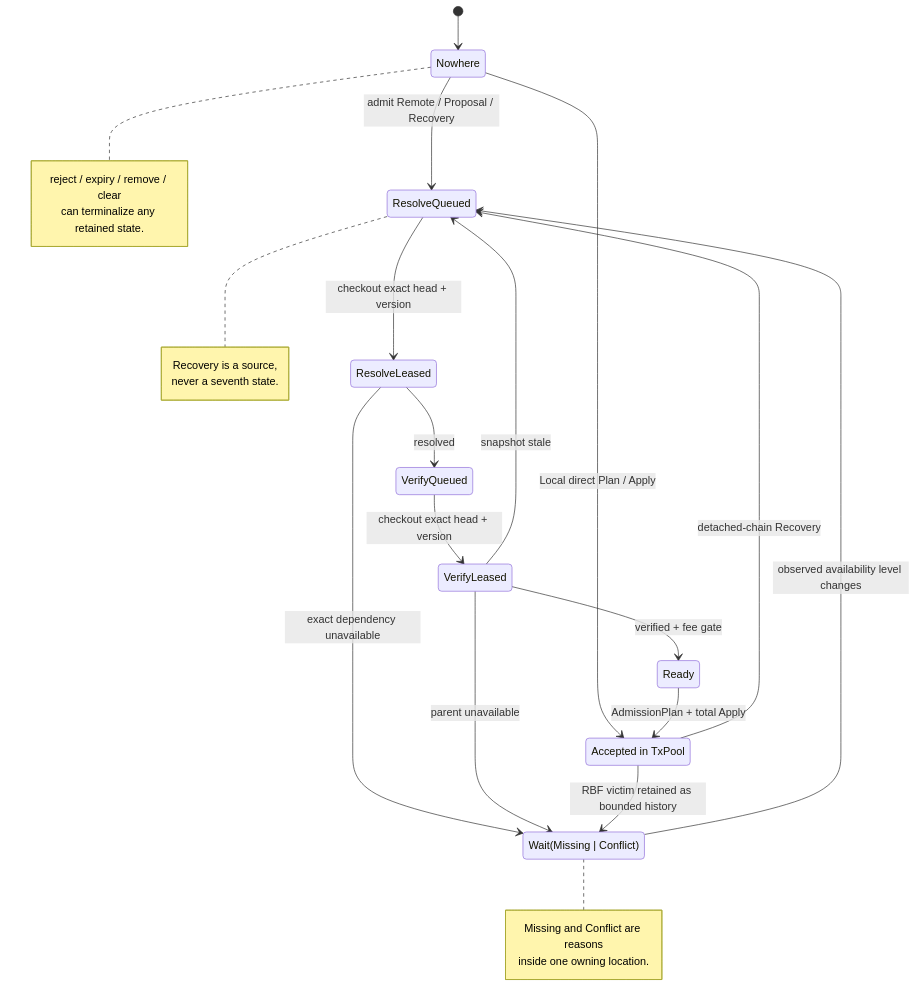
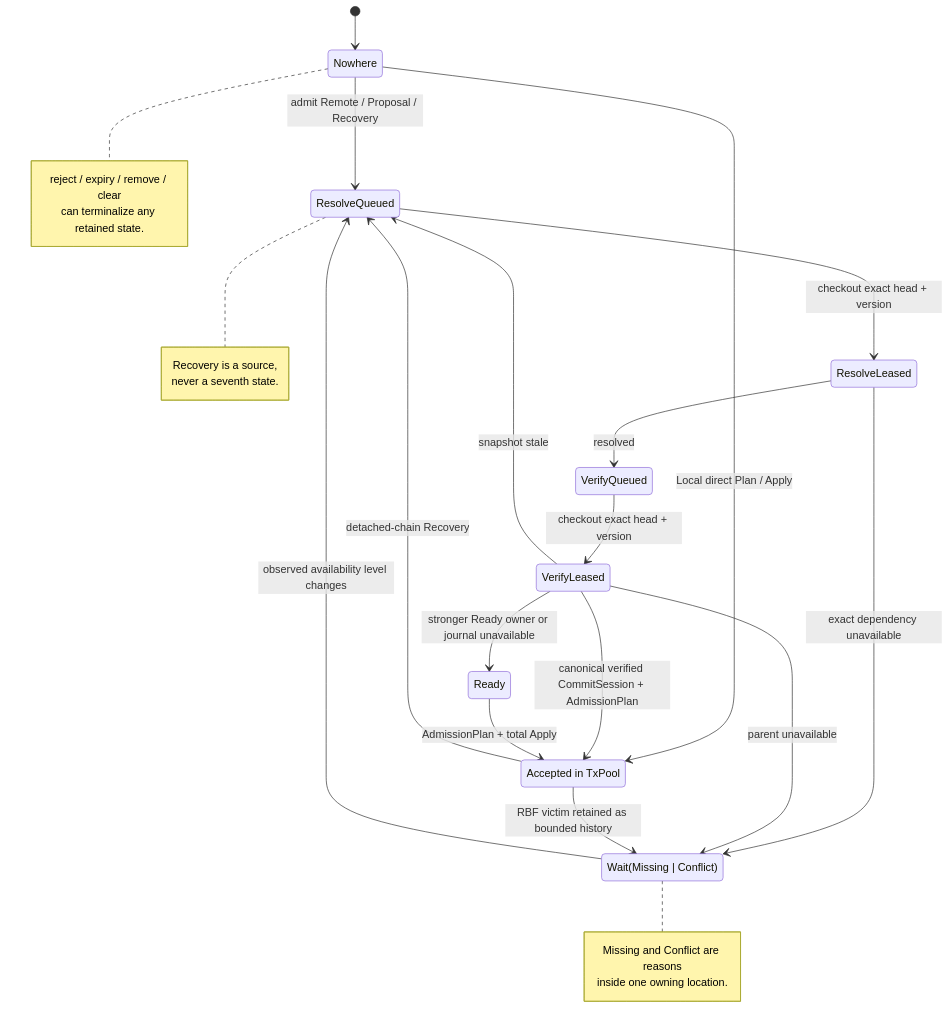
The second of 4 diagrams in tx-pool/docs/ARCHITECTURE.md (nervosnetwork/ckb), drawn with Mermaid before and after one commit. The commit also changed other lines of this file and 5 other files, not shown here.

Commit message:
docs(tx-pool): bind verified commit invariants

````diff
--- a/tx-pool/docs/ARCHITECTURE.md
+++ b/tx-pool/docs/ARCHITECTURE.md
@@ -175,39 +175,40 @@
 ```mermaid
 stateDiagram-v2
     state "Nowhere" as Absent
     state "ResolveQueued" as RQ
     state "ResolveLeased" as RL
     state "Wait(Missing | Conflict)" as Wait
     state "VerifyQueued" as VQ
     state "VerifyLeased" as VL
     state "Ready" as Ready
     state "Accepted in TxPool" as Accepted
 
     [*] --> Absent
     Absent --> RQ: admit Remote / Proposal / Recovery
     Absent --> Accepted: Local direct Plan / Apply
     RQ --> RL: checkout exact head + version
     RL --> VQ: resolved
     RL --> Wait: exact dependency unavailable
     Wait --> RQ: observed availability level changes
     VQ --> VL: checkout exact head + version
-    VL --> Ready: verified + fee gate
+    VL --> Accepted: canonical verified CommitSession + AdmissionPlan
+    VL --> Ready: stronger Ready owner or journal unavailable
     VL --> RQ: snapshot stale
     VL --> Wait: parent unavailable
     Ready --> Accepted: AdmissionPlan + total Apply
     Accepted --> Wait: RBF victim retained as bounded history
     Accepted --> RQ: detached-chain Recovery
 
     note right of RQ
         Recovery is a source,
         never a seventh state.
     end note
     note right of Wait
         Missing and Conflict are reasons
         inside one owning location.
     end note
     note right of Absent
         reject / expiry / remove / clear
         can terminalize any retained state.
     end note
 ```
````
